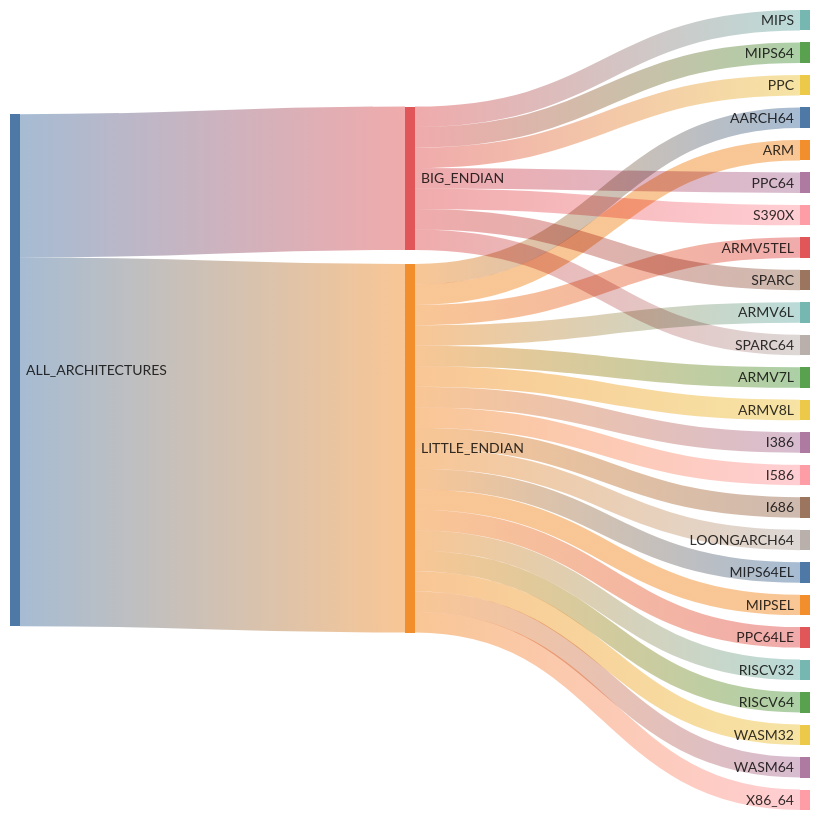
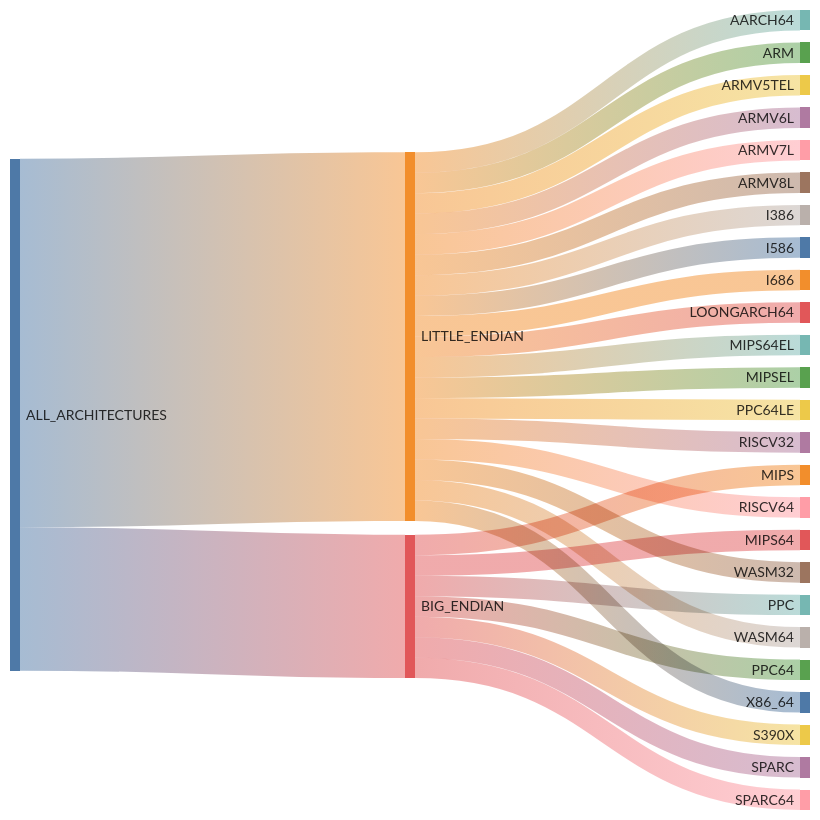
One commit to kdeldycke/extra-platforms changed the fifth of 6 diagrams in docs/architectures.md. Above: the diagram before and after it, drawn with Mermaid. The commit also changed other lines of this file and 2 other files, not shown here.

````diff
--- a/docs/architectures.md
+++ b/docs/architectures.md
@@ -310,34 +310,34 @@
 ```mermaid
 ---
 config: {"sankey": {"showValues": false, "width": 800, "height": 800}}
 ---
 sankey-beta
 
 ALL_ARCHITECTURES,LITTLE_ENDIAN,18
 ALL_ARCHITECTURES,BIG_ENDIAN,7
-BIG_ENDIAN,MIPS,1
-BIG_ENDIAN,MIPS64,1
-BIG_ENDIAN,PPC,1
-BIG_ENDIAN,PPC64,1
-BIG_ENDIAN,S390X,1
-BIG_ENDIAN,SPARC,1
-BIG_ENDIAN,SPARC64,1
 LITTLE_ENDIAN,AARCH64,1
 LITTLE_ENDIAN,ARM,1
 LITTLE_ENDIAN,ARMV5TEL,1
 LITTLE_ENDIAN,ARMV6L,1
 LITTLE_ENDIAN,ARMV7L,1
 LITTLE_ENDIAN,ARMV8L,1
 LITTLE_ENDIAN,I386,1
 LITTLE_ENDIAN,I586,1
 LITTLE_ENDIAN,I686,1
 LITTLE_ENDIAN,LOONGARCH64,1
 LITTLE_ENDIAN,MIPS64EL,1
 LITTLE_ENDIAN,MIPSEL,1
 LITTLE_ENDIAN,PPC64LE,1
 LITTLE_ENDIAN,RISCV32,1
 LITTLE_ENDIAN,RISCV64,1
 LITTLE_ENDIAN,WASM32,1
 LITTLE_ENDIAN,WASM64,1
 LITTLE_ENDIAN,X86_64,1
+BIG_ENDIAN,MIPS,1
+BIG_ENDIAN,MIPS64,1
+BIG_ENDIAN,PPC,1
+BIG_ENDIAN,PPC64,1
+BIG_ENDIAN,S390X,1
+BIG_ENDIAN,SPARC,1
+BIG_ENDIAN,SPARC64,1
 ```
````
